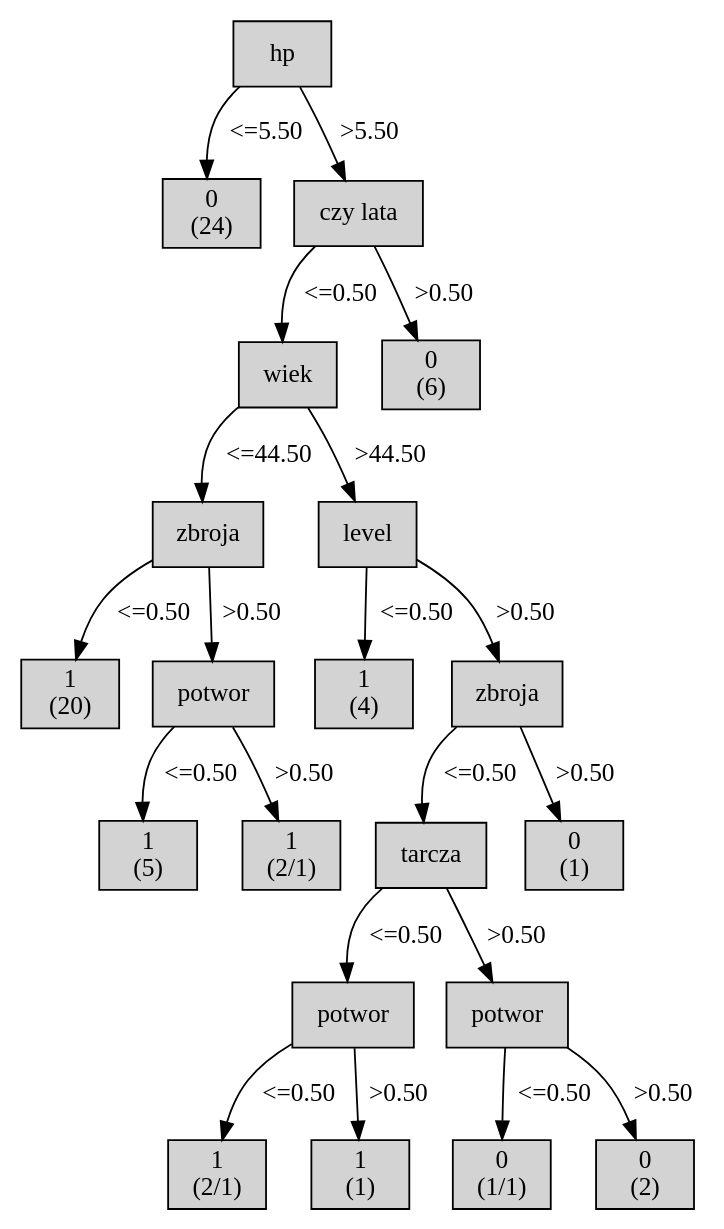
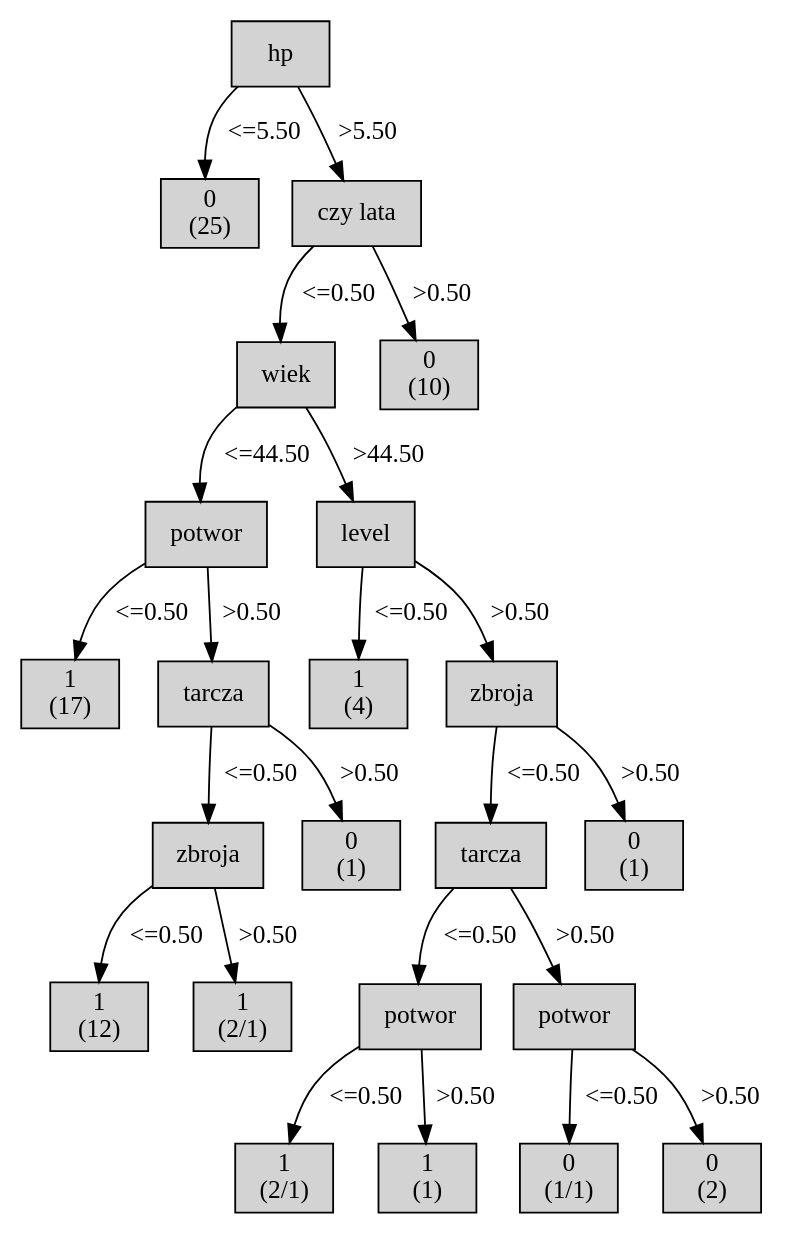
Before and after one commit to MikolajSzumigalski/SZILATO2018: the diagram in out.dot, drawn with Graphviz. The commit also changed 4 other files, not shown here.

```diff
--- a/out.dot
+++ b/out.dot
@@ -1,83 +1,90 @@
 digraph ID3_Tree {
 "0" [shape=box, style=filled, label="hp
 ", weight=1]
 "1" [shape=box, style=filled, label="0
-(24)
+(25)
 ", weight=2]
 0 -> 1 [ label = "<=5.50"];
 "2" [shape=box, style=filled, label="czy lata
 ", weight=2]
 0 -> 2 [ label = ">5.50"];
 "3" [shape=box, style=filled, label="wiek
 ", weight=3]
 2 -> 3 [ label = "<=0.50"];
-"4" [shape=box, style=filled, label="zbroja
+"4" [shape=box, style=filled, label="potwor
 ", weight=4]
 3 -> 4 [ label = "<=44.50"];
 "5" [shape=box, style=filled, label="1
-(20)
+(17)
 ", weight=5]
 4 -> 5 [ label = "<=0.50"];
-"6" [shape=box, style=filled, label="potwor
+"6" [shape=box, style=filled, label="tarcza
 ", weight=5]
 4 -> 6 [ label = ">0.50"];
-"7" [shape=box, style=filled, label="1
-(5)
+"7" [shape=box, style=filled, label="zbroja
 ", weight=6]
 6 -> 7 [ label = "<=0.50"];
 "8" [shape=box, style=filled, label="1
+(12)
+", weight=7]
+7 -> 8 [ label = "<=0.50"];
+"9" [shape=box, style=filled, label="1
 (2/1)
+", weight=7]
+7 -> 9 [ label = ">0.50"];
+"10" [shape=box, style=filled, label="0
+(1)
 ", weight=6]
-6 -> 8 [ label = ">0.50"];
-"9" [shape=box, style=filled, label="level
+6 -> 10 [ label = ">0.50"];
+"11" [shape=box, style=filled, label="level
 ", weight=4]
-3 -> 9 [ label = ">44.50"];
-"10" [shape=box, style=filled, label="1
+3 -> 11 [ label = ">44.50"];
+"12" [shape=box, style=filled, label="1
 (4)
 ", weight=5]
-9 -> 10 [ label = "<=0.50"];
-"11" [shape=box, style=filled, label="zbroja
+11 -> 12 [ label = "<=0.50"];
+"13" [shape=box, style=filled, label="zbroja
 ", weight=5]
-9 -> 11 [ label = ">0.50"];
-"12" [shape=box, style=filled, label="tarcza
+11 -> 13 [ label = ">0.50"];
+"14" [shape=box, style=filled, label="tarcza
 ", weight=6]
-11 -> 12 [ label = "<=0.50"];
-"13" [shape=box, style=filled, label="potwor
+13 -> 14 [ label = "<=0.50"];
+"15" [shape=box, style=filled, label="potwor
 ", weight=7]
-12 -> 13 [ label = "<=0.50"];
-"14" [shape=box, style=filled, label="1
+14 -> 15 [ label = "<=0.50"];
+"16" [shape=box, style=filled, label="1
 (2/1)
 ", weight=8]
-13 -> 14 [ label = "<=0.50"];
-"15" [shape=box, style=filled, label="1
+15 -> 16 [ label = "<=0.50"];
+"17" [shape=box, style=filled, label="1
 (1)
 ", weight=8]
-13 -> 15 [ label = ">0.50"];
-"16" [shape=box, style=filled, label="potwor
+15 -> 17 [ label = ">0.50"];
+"18" [shape=box, style=filled, label="potwor
 ", weight=7]
-12 -> 16 [ label = ">0.50"];
-"17" [shape=box, style=filled, label="0
+14 -> 18 [ label = ">0.50"];
+"19" [shape=box, style=filled, label="0
 (1/1)
 ", weight=8]
-16 -> 17 [ label = "<=0.50"];
-"18" [shape=box, style=filled, label="0
+18 -> 19 [ label = "<=0.50"];
+"20" [shape=box, style=filled, label="0
 (2)
 ", weight=8]
-16 -> 18 [ label = ">0.50"];
-"19" [shape=box, style=filled, label="0
+18 -> 20 [ label = ">0.50"];
+"21" [shape=box, style=filled, label="0
 (1)
 ", weight=6]
-11 -> 19 [ label = ">0.50"];
-"20" [shape=box, style=filled, label="0
-(6)
+13 -> 21 [ label = ">0.50"];
+"22" [shape=box, style=filled, label="0
+(10)
 ", weight=3]
-2 -> 20 [ label = ">0.50"];
+2 -> 22 [ label = ">0.50"];
 {rank=same; 0;};
 {rank=same; 1;2;};
-{rank=same; 3;20;};
-{rank=same; 4;9;};
-{rank=same; 5;6;10;11;};
-{rank=same; 7;8;12;19;};
-{rank=same; 13;16;};
-{rank=same; 14;15;17;18;};
+{rank=same; 3;22;};
+{rank=same; 4;11;};
+{rank=same; 5;6;12;13;};
+{rank=same; 7;10;14;21;};
+{rank=same; 8;9;15;18;};
+{rank=same; 16;17;19;20;};
 }
```
